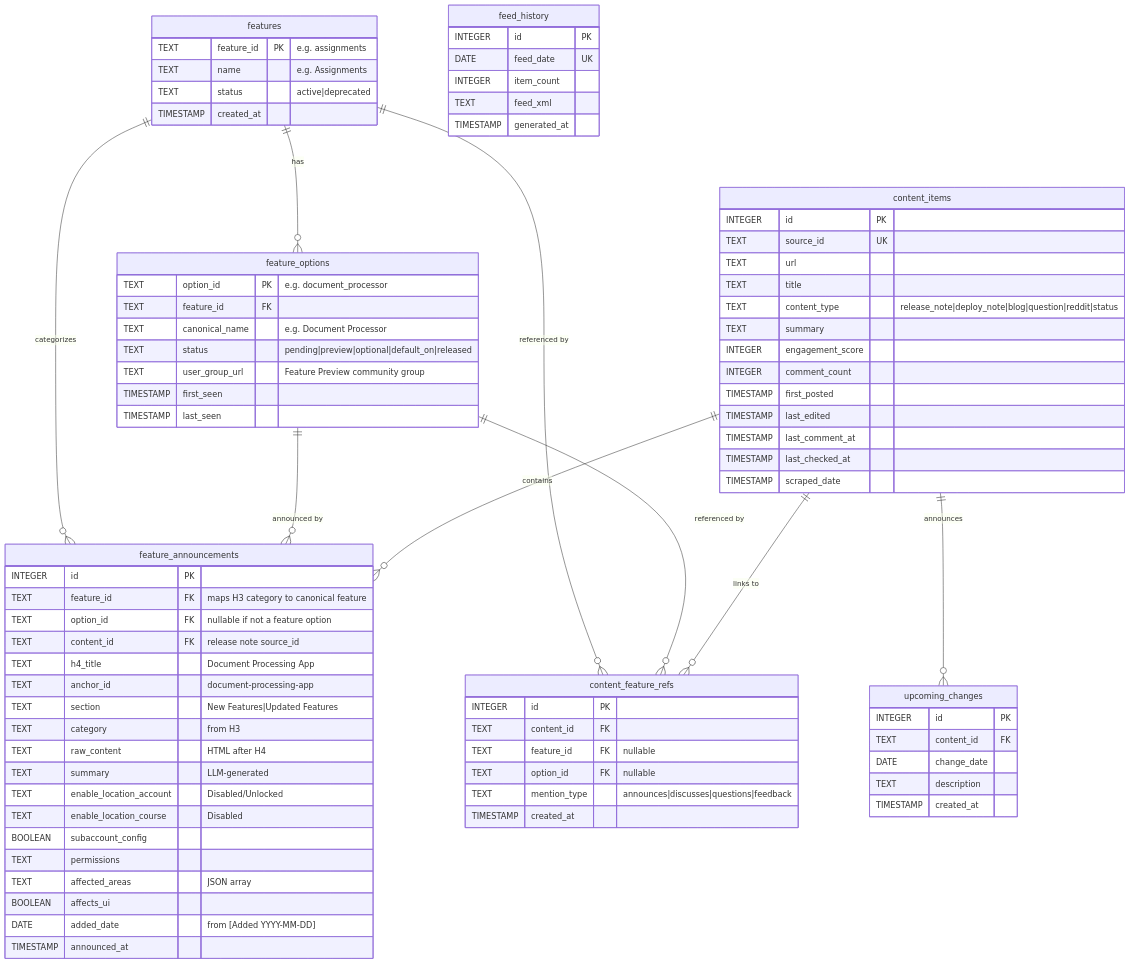
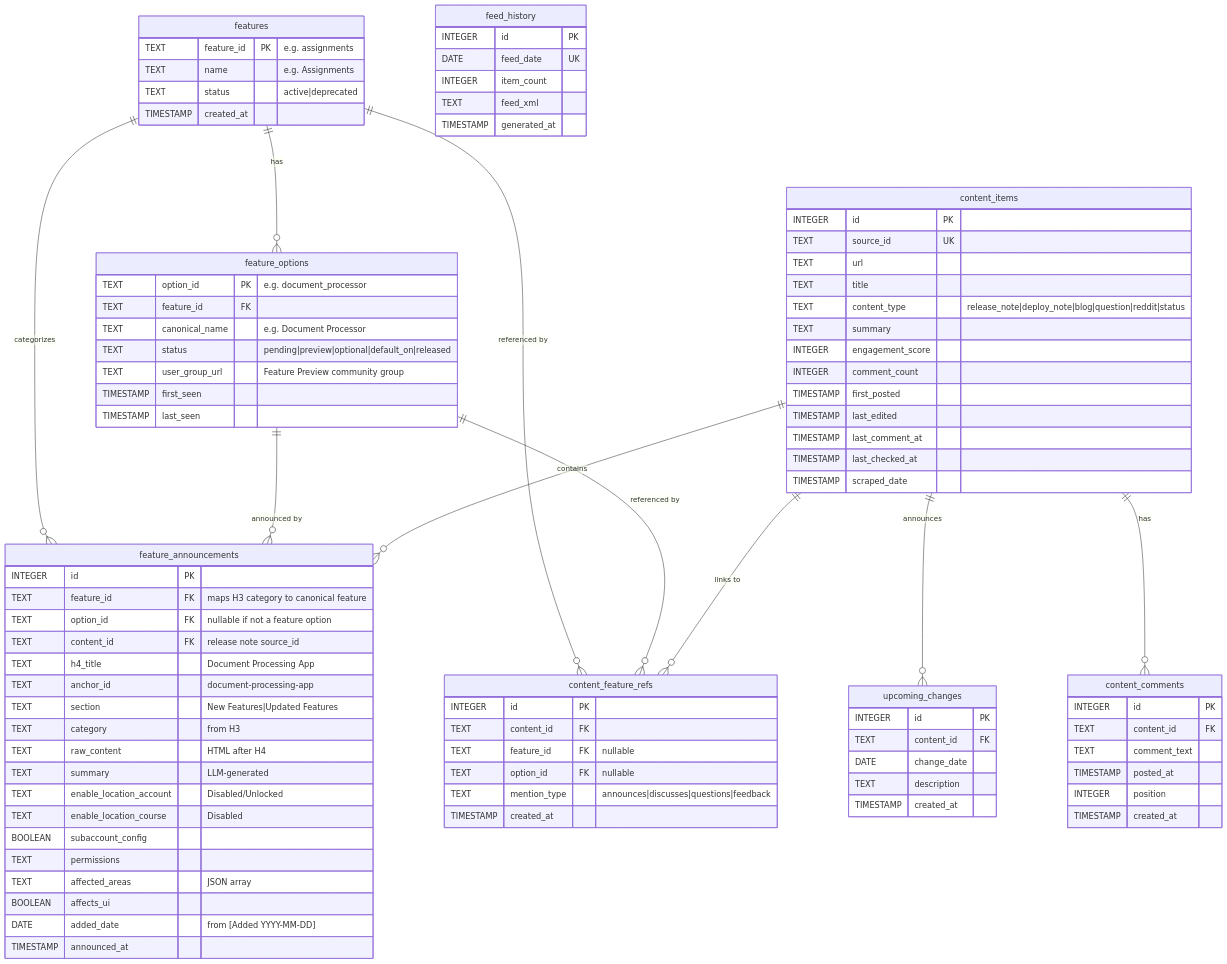
Before and after one commit to titulartarantula/canvas-rss: the diagram in docs/database-schema.md, drawn with Mermaid. The commit also changed other lines of this file and 1 other file, not shown here.

Commit message:
docs: add CLI reference and update database schema documentation for v2.0

````diff
--- a/docs/database-schema.md
+++ b/docs/database-schema.md
@@ -121,6 +151,15 @@
         TIMESTAMP generated_at
     }
 
+    content_comments {
+        INTEGER id PK
+        TEXT content_id FK
+        TEXT comment_text
+        TIMESTAMP posted_at
+        INTEGER position
+        TIMESTAMP created_at
+    }
+
     features ||--o{ feature_options : "has"
     features ||--o{ feature_announcements : "categorizes"
     feature_options ||--o{ feature_announcements : "announced by"
@@ -129,4 +168,5 @@
     feature_options ||--o{ content_feature_refs : "referenced by"
     content_items ||--o{ content_feature_refs : "links to"
     content_items ||--o{ upcoming_changes : "announces"
+    content_items ||--o{ content_comments : "has"
 ```
````
